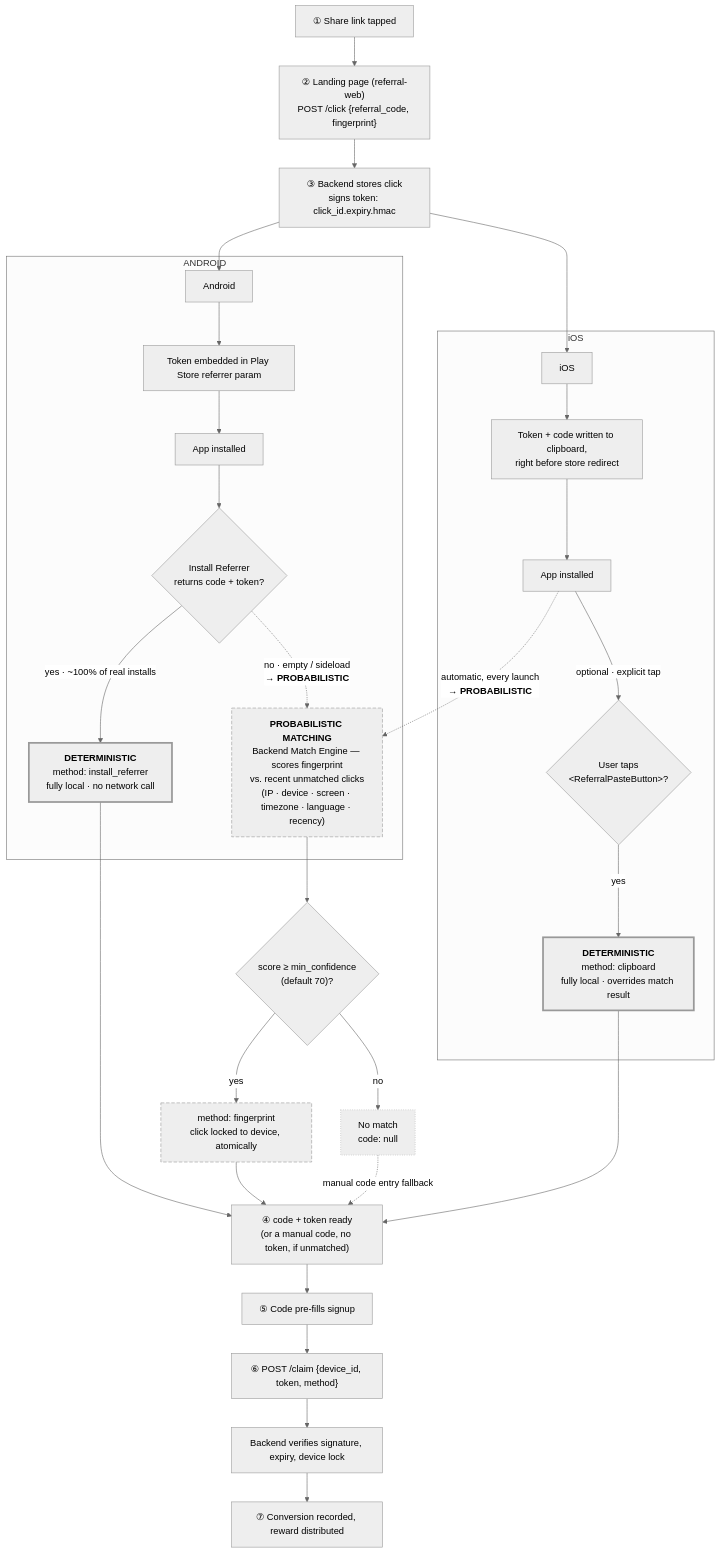
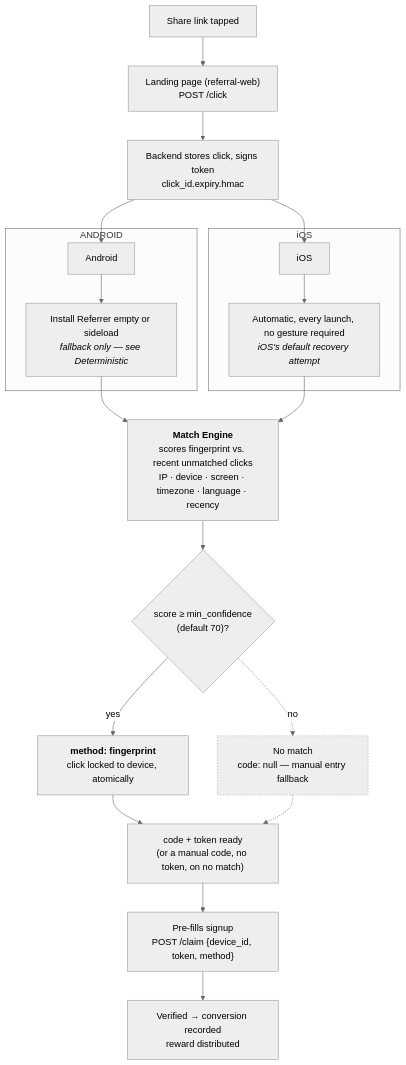
The second of 2 diagrams in docs/integration/recovery-flow.md (Newtdev/blynk-deferlink), drawn with Mermaid before and after one commit. The commit also changed other lines of this file, not shown here.

First line of the commit message:
docs: split recovery-flow diagram into deterministic + probabilistic

````diff
--- a/docs/integration/recovery-flow.md
+++ b/docs/integration/recovery-flow.md
@@ -8,45 +56,30 @@
 ```mermaid
 %%{init: {'theme': 'neutral'}}%%
 flowchart TD
-    A["① Share link tapped"] --> B["② Landing page (referral-web)<br/>POST /click {referral_code, fingerprint}"]
-    B --> C["③ Backend stores click<br/>signs token: click_id.expiry.hmac"]
+    A["Share link tapped"] --> B["Landing page (referral-web)<br/>POST /click"]
+    B --> C["Backend stores click, signs token<br/>click_id.expiry.hmac"]
     C --> D1[Android]
     C --> D2[iOS]
 
     subgraph android [ANDROID]
-        D1 --> E1["Token embedded in Play Store referrer param"]
-        E1 --> F1["App installed"]
-        F1 --> G1{"Install Referrer<br/>returns code + token?"}
-        G1 -->|"yes · ~100% of real installs"| H1["<b>DETERMINISTIC</b><br/>method: install_referrer<br/>fully local · no network call"]
-        G1 -.->|"no · empty / sideload<br/><b>→ PROBABILISTIC</b>"| M
+        D1 --> E1["Install Referrer empty or sideload<br/><i>fallback only — see Deterministic</i>"]
     end
 
     subgraph ios [iOS]
-        D2 --> E2["Token + code written to clipboard,<br/>right before store redirect"]
-        E2 --> F2["App installed"]
-        F2 -.->|"automatic, every launch<br/><b>→ PROBABILISTIC</b>"| M
-        F2 -->|"optional · explicit tap"| G3{"User taps<br/>&lt;ReferralPasteButton&gt;?"}
-        G3 -->|yes| H2["<b>DETERMINISTIC</b><br/>method: clipboard<br/>fully local · overrides match result"]
+        D2 --> E2["Automatic, every launch, no gesture required<br/><i>iOS's default recovery attempt</i>"]
     end
 
-    M["<b>PROBABILISTIC MATCHING</b><br/>Backend Match Engine — scores fingerprint<br/>vs. recent unmatched clicks<br/>(IP · device · screen · timezone · language · recency)"] --> N{"score ≥ min_confidence<br/>(default 70)?"}
-    N -->|yes| O1["method: fingerprint<br/>click locked to device, atomically"]
-    N -->|no| O2["No match<br/>code: null"]
+    E1 --> M["<b>Match Engine</b><br/>scores fingerprint vs. recent unmatched clicks<br/>IP · device · screen · timezone · language · recency"]
+    E2 --> M
+    M --> N{"score ≥ min_confidence<br/>(default 70)?"}
+    N -->|yes| O1["<b>method: fingerprint</b><br/>click locked to device, atomically"]
+    N -.->|no| O2["No match<br/>code: null — manual entry fallback"]
 
-    H1 --> P["④ code + token ready<br/>(or a manual code, no token, if unmatched)"]
-    H2 --> P
-    O1 --> P
-    O2 -.->|"manual code entry fallback"| P
+    O1 --> P["code + token ready<br/>(or a manual code, no token, on no match)"]
+    O2 -.-> P
+    P --> Q["Pre-fills signup<br/>POST /claim {device_id, token, method}"]
+    Q --> R["Verified → conversion recorded<br/>reward distributed"]
 
-    P --> Q["⑤ Code pre-fills signup"]
-    Q --> R["⑥ POST /claim {device_id, token, method}"]
-    R --> S["Backend verifies signature, expiry, device lock"]
-    S --> T["⑦ Conversion recorded, reward distributed"]
-
-    classDef det stroke-width:3px
-    classDef prob stroke-dasharray: 6 3
-    classDef nomatch stroke-dasharray: 1 3
-    class H1,H2 det
-    class M,O1 prob
+    classDef nomatch stroke-dasharray: 2 3
     class O2 nomatch
 ```
````
